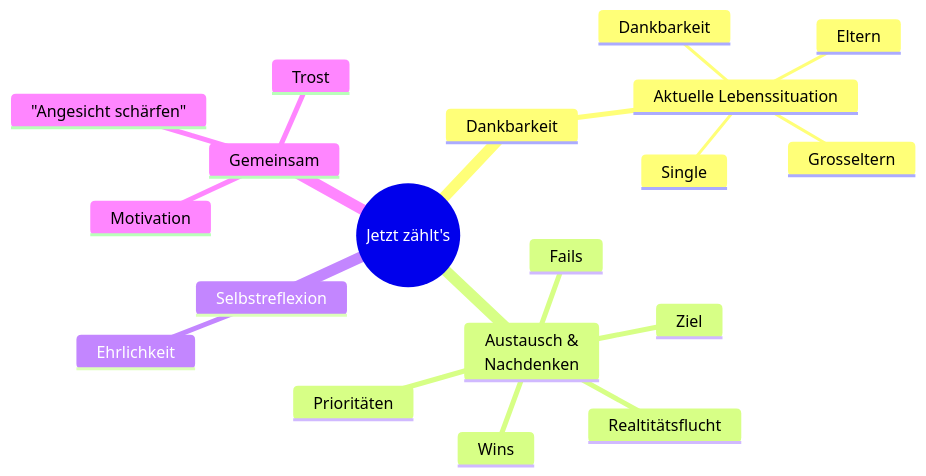
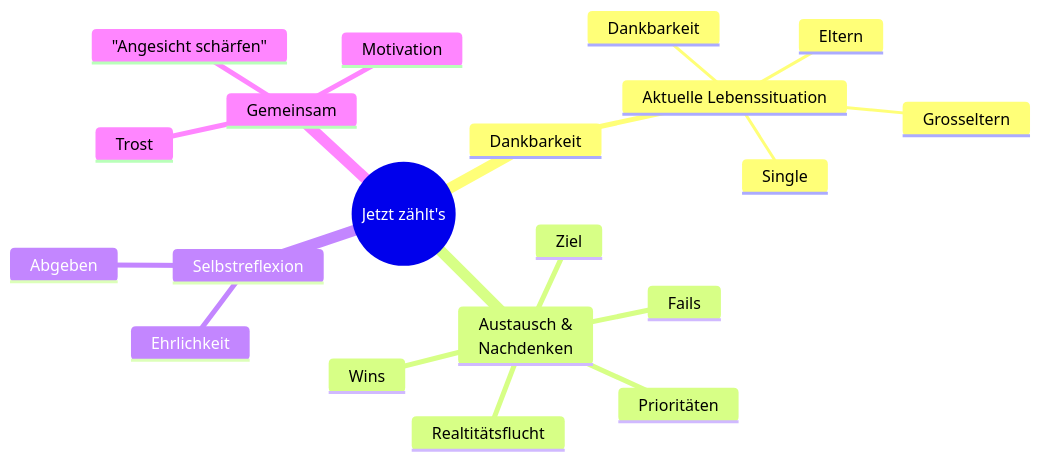
The first of 2 diagrams in jetzt/slides.md (hafeja/now), drawn with Mermaid before and after one commit. The commit also changed other lines of this file and 4 other files, not shown here.

````diff
--- a/jetzt/slides.md
+++ b/jetzt/slides.md
@@ -46,22 +46,23 @@
 ```mermaid {scale: 0.95}
 mindmap
   root((Jetzt zählt's))
     Dankbarkeit
       Aktuelle Lebenssituation
         Single
         Eltern
         Grosseltern
         Dankbarkeit
     Austausch & <br> Nachdenken
-        Fails
-        Wins
-        Realtitätsflucht
-        Ziel
+      Fails
+      Wins
+      Realtitätsflucht
+      Ziel
       Prioritäten
     Selbstreflexion
+      Abgeben
       Ehrlichkeit
     Gemeinsam
       "Angesicht schärfen"
       Trost
       Motivation
 ```
````
